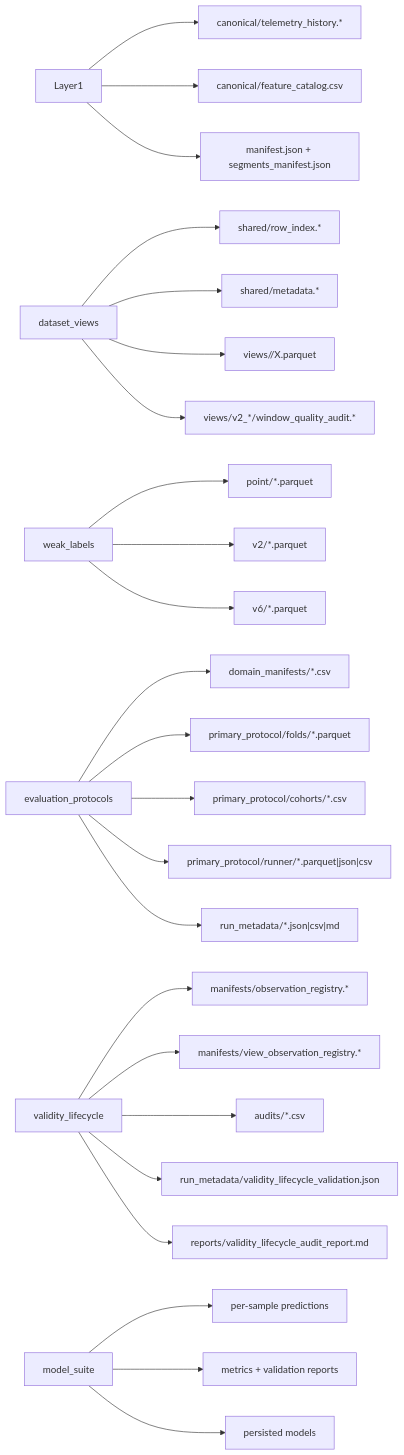
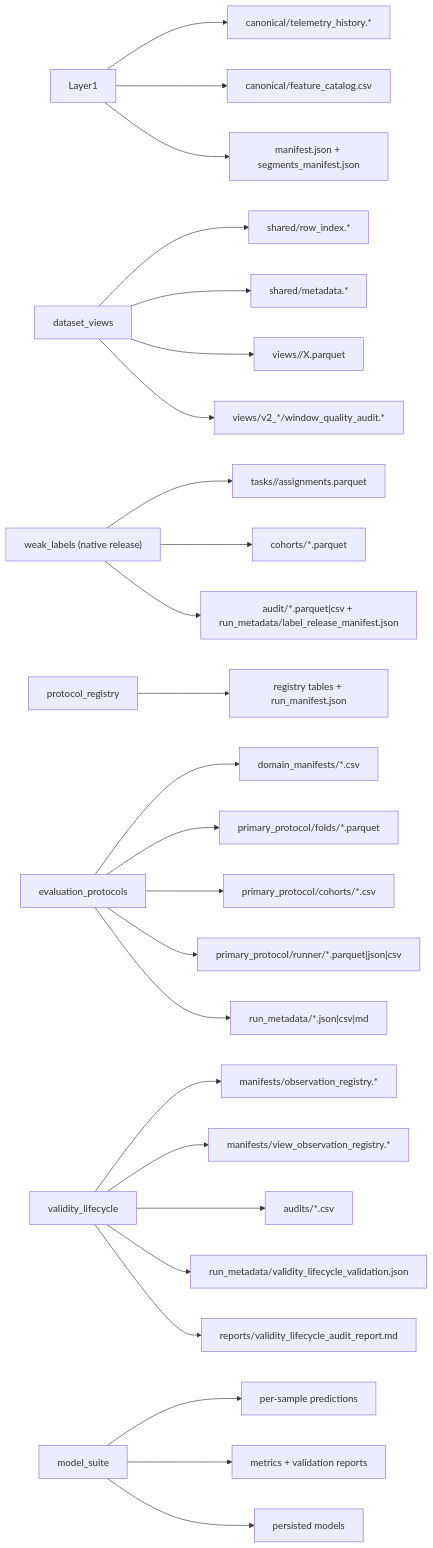
The fourth of 4 diagrams in Backend/PIPELINE_FLOW.md (lawnguyenit/AgriFusion-IoT), drawn with Mermaid before and after one commit. The commit also changed other lines of this file and 53 other files, not shown here.

````diff
--- a/Backend/PIPELINE_FLOW.md
+++ b/Backend/PIPELINE_FLOW.md
@@ -250,31 +211,33 @@
 ```mermaid
 flowchart LR
     A["Layer1"] --> A1["canonical/telemetry_history.*"]
     A --> A2["canonical/feature_catalog.csv"]
     A --> A3["manifest.json + segments_manifest.json"]
 
     B["dataset_views"] --> B1["shared/row_index.*"]
     B --> B2["shared/metadata.*"]
     B --> B3["views/<view_id>/X.parquet"]
     B --> B4["views/v2_*/window_quality_audit.*"]
 
-    C["weak_labels"] --> C1["point/*.parquet"]
-    C --> C2["v2/*.parquet"]
-    C --> C3["v6/*.parquet"]
+    C["weak_labels (native release)"] --> C1["tasks/<task>/assignments.parquet"]
+    C --> C2["cohorts/*.parquet"]
+    C --> C3["audit/*.parquet|csv + run_metadata/label_release_manifest.json"]
+
+    R["protocol_registry"] --> R1["registry tables + run_manifest.json"]
 
     D["evaluation_protocols"] --> D1["domain_manifests/*.csv"]
     D --> D2["primary_protocol/folds/*.parquet"]
     D --> D3["primary_protocol/cohorts/*.csv"]
     D --> D4["primary_protocol/runner/*.parquet|json|csv"]
     D --> D5["run_metadata/*.json|csv|md"]
 
     E["validity_lifecycle"] --> E1["manifests/observation_registry.*"]
     E --> E2["manifests/view_observation_registry.*"]
     E --> E3["audits/*.csv"]
     E --> E4["run_metadata/validity_lifecycle_validation.json"]
     E --> E5["reports/validity_lifecycle_audit_report.md"]
 
     F["model_suite"] --> F1["per-sample predictions"]
     F --> F2["metrics + validation reports"]
     F --> F3["persisted models"]
 ```
````
